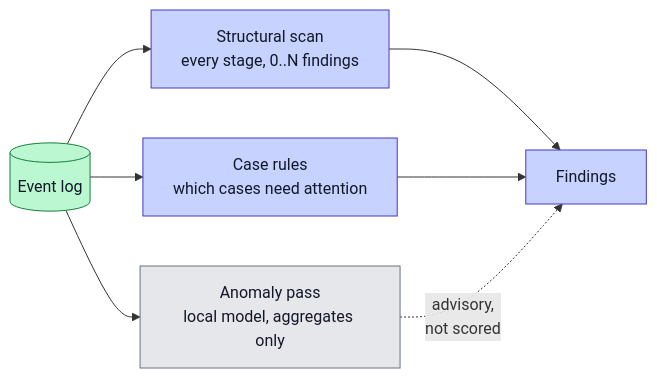
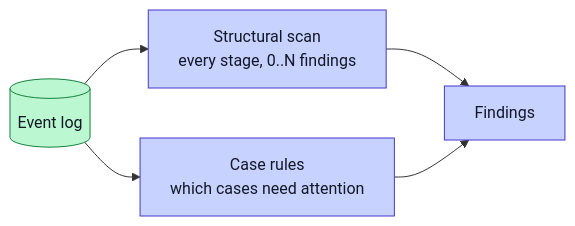
One commit to Emmett-M-Dev/bottleneck-ingest changed the first of 2 diagrams in wiki/Bottleneck-Detection.md. Above: the diagram before and after it, drawn with Mermaid. The commit also changed other lines of this file and 16 other files, not shown here.

````diff
--- a/wiki/Bottleneck-Detection.md
+++ b/wiki/Bottleneck-Detection.md
@@ -7,16 +7,12 @@
 ```mermaid
 flowchart LR
     L[("Event log")] --> DY["Structural scan<br/>every stage, 0..N findings"]
     L --> CR["Case rules<br/>which cases need attention"]
-    L --> AN["Anomaly pass<br/>local model, aggregates only"]
     DY --> Q["Findings"]
     CR --> Q
-    AN -. "advisory,<br/>not scored" .-> Q
 
     classDef store fill:#bbf7d0,stroke:#15803d,color:#111827
     classDef core fill:#c7d2fe,stroke:#4338ca,color:#111827
-    classDef soft fill:#e5e7eb,stroke:#6b7280,color:#111827
     class L store
     class DY,CR,Q core
-    class AN soft
 ```
````
